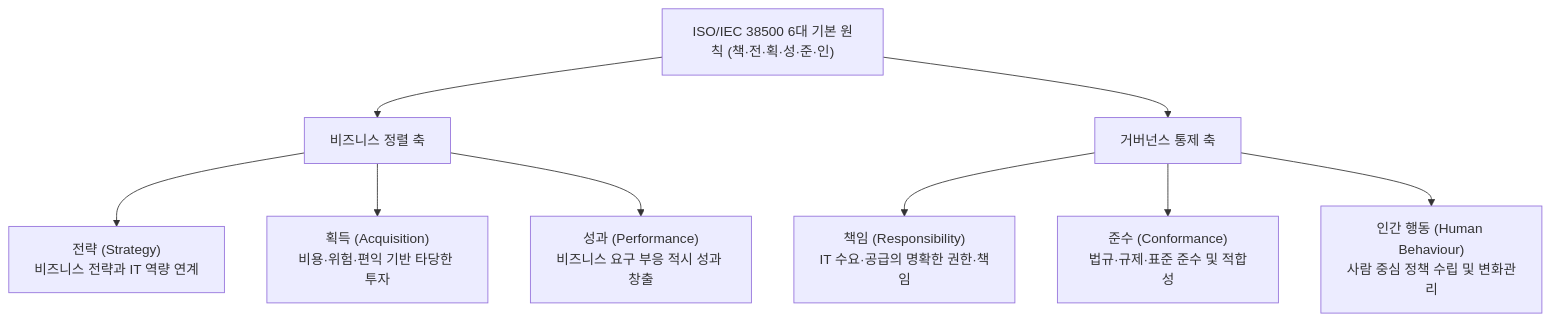
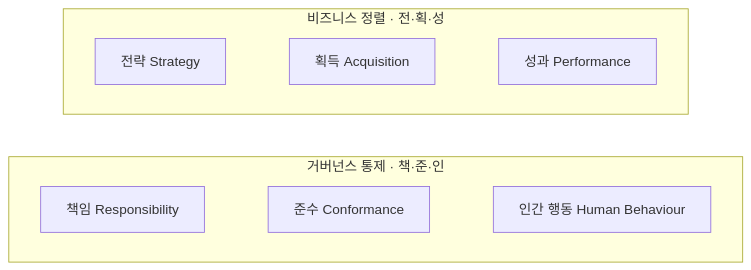
One commit to agnusdei1207/study changed the second of 3 diagrams in src/content/docs/notes/itpe/01-it-strategy/002_iso_iec_38500.md. Above: the diagram before and after it, drawn with Mermaid. The commit also changed other lines of this file, not shown here.

First line of the commit message:
fix(it-strategy): ISO/IEC 38500 시각화 핵심 우선 재작성

````diff
--- a/src/content/docs/notes/itpe/01-it-strategy/002_iso_iec_38500.md
+++ b/src/content/docs/notes/itpe/01-it-strategy/002_iso_iec_38500.md
@@ -72,13 +72,10 @@
 ```mermaid
-flowchart TD
-    ROOT["ISO/IEC 38500 6대 기본 원칙 (책·전·획·성·준·인)"] --> BIZ["비즈니스 정렬 축"]
-    ROOT --> GOV["거버넌스 통제 축"]
-
-    BIZ --> B1["전략 (Strategy)<br/>비즈니스 전략과 IT 역량 연계"]
-    BIZ --> B2["획득 (Acquisition)<br/>비용·위험·편익 기반 타당한 투자"]
-    BIZ --> B3["성과 (Performance)<br/>비즈니스 요구 부응 적시 성과 창출"]
-
-    GOV --> G1["책임 (Responsibility)<br/>IT 수요·공급의 명확한 권한·책임"]
-    GOV --> G2["준수 (Conformance)<br/>법규·규제·표준 준수 및 적합성"]
-    GOV --> G3["인간 행동 (Human Behaviour)<br/>사람 중심 정책 수립 및 변화관리"]
+flowchart TB
+    subgraph BIZ["비즈니스 정렬 · 전·획·성"]
+        B1["전략 Strategy"] ~~~ B2["획득 Acquisition"] ~~~ B3["성과 Performance"]
+    end
+    BIZ ~~~ GOV
+    subgraph GOV["거버넌스 통제 · 책·준·인"]
+        G1["책임 Responsibility"] ~~~ G2["준수 Conformance"] ~~~ G3["인간 행동 Human Behaviour"]
+    end
 ```
````
